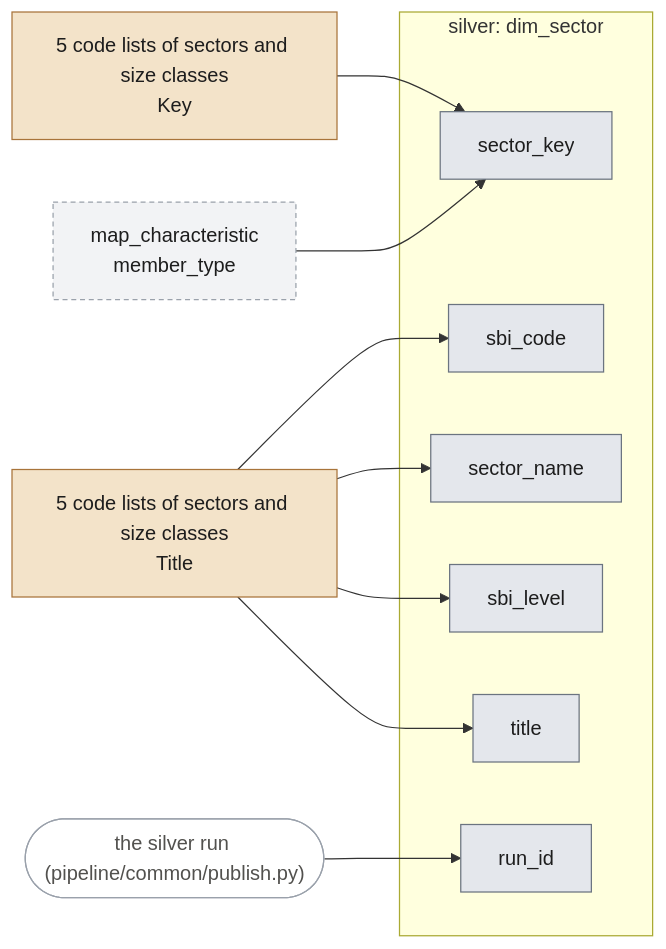
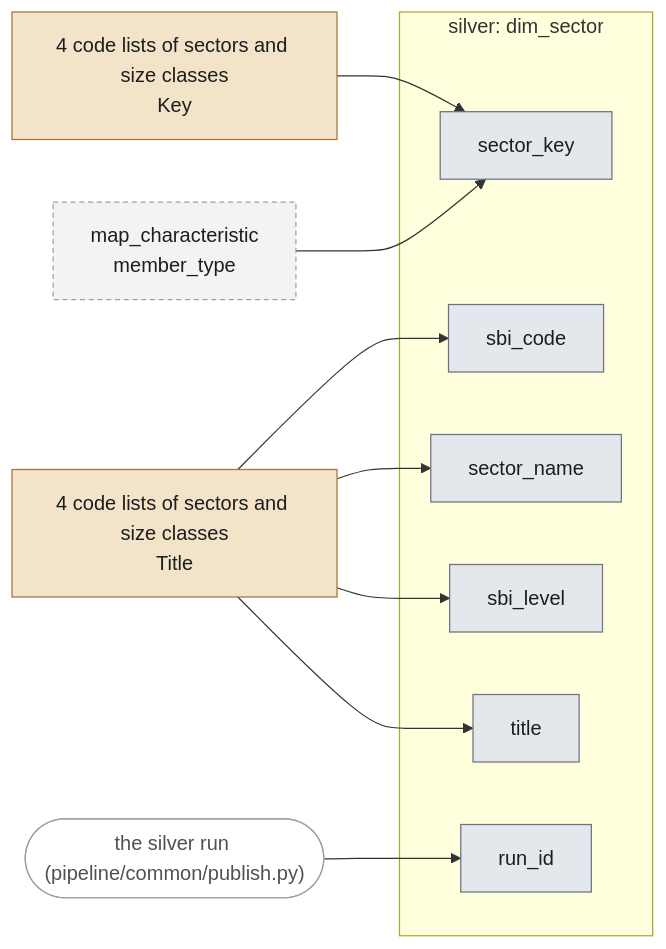
Before and after one commit to stefancodecommit/AOV_Lakehouse: the third of 18 diagrams in docs/lineage.md, drawn with Mermaid. The commit also changed other lines of this file and 27 other files, not shown here.

````diff
--- a/docs/lineage.md
+++ b/docs/lineage.md
@@ -195,27 +185,27 @@
 ```mermaid
 flowchart LR
-  n_src_80072ned_bedrijfskenmerkensbi2008_81589ned_bedrijfstakkenbranchessbi2008_81644ned_bedrijfstakkenbranchessbi2008_83130ned_bedrijfskenmerken_86009ned_bedrijfskenmerken_Key["5 code lists of sectors and size classes<br/>Key"]:::bronze
-  n_src_80072ned_bedrijfskenmerkensbi2008_81589ned_bedrijfstakkenbranchessbi2008_81644ned_bedrijfstakkenbranchessbi2008_83130ned_bedrijfskenmerken_86009ned_bedrijfskenmerken_Title["5 code lists of sectors and size classes<br/>Title"]:::bronze
+  n_src_80072ned_bedrijfskenmerkensbi2008_81589ned_bedrijfstakkenbranchessbi2008_83130ned_bedrijfskenmerken_86009ned_bedrijfskenmerken_Key["4 code lists of sectors and size classes<br/>Key"]:::bronze
+  n_src_80072ned_bedrijfskenmerkensbi2008_81589ned_bedrijfstakkenbranchessbi2008_83130ned_bedrijfskenmerken_86009ned_bedrijfskenmerken_Title["4 code lists of sectors and size classes<br/>Title"]:::bronze
   n_src_silver_map_characteristic_member_type["map_characteristic<br/>member_type"]:::silverref
   run(["the silver run (pipeline/common/publish.py)"]):::run
   subgraph n_tbl_dim_sector["silver: dim_sector"]
     n_col_sector_key["sector_key"]:::silver
     n_col_sbi_code["sbi_code"]:::silver
     n_col_sector_name["sector_name"]:::silver
     n_col_sbi_level["sbi_level"]:::silver
     n_col_title["title"]:::silver
     n_col_run_id["run_id"]:::silver
   end
-  n_src_80072ned_bedrijfskenmerkensbi2008_81589ned_bedrijfstakkenbranchessbi2008_81644ned_bedrijfstakkenbranchessbi2008_83130ned_bedrijfskenmerken_86009ned_bedrijfskenmerken_Key --> n_col_sector_key
+  n_src_80072ned_bedrijfskenmerkensbi2008_81589ned_bedrijfstakkenbranchessbi2008_83130ned_bedrijfskenmerken_86009ned_bedrijfskenmerken_Key --> n_col_sector_key
   n_src_silver_map_characteristic_member_type --> n_col_sector_key
-  n_src_80072ned_bedrijfskenmerkensbi2008_81589ned_bedrijfstakkenbranchessbi2008_81644ned_bedrijfstakkenbranchessbi2008_83130ned_bedrijfskenmerken_86009ned_bedrijfskenmerken_Title --> n_col_sbi_code
-  n_src_80072ned_bedrijfskenmerkensbi2008_81589ned_bedrijfstakkenbranchessbi2008_81644ned_bedrijfstakkenbranchessbi2008_83130ned_bedrijfskenmerken_86009ned_bedrijfskenmerken_Title --> n_col_sector_name
-  n_src_80072ned_bedrijfskenmerkensbi2008_81589ned_bedrijfstakkenbranchessbi2008_81644ned_bedrijfstakkenbranchessbi2008_83130ned_bedrijfskenmerken_86009ned_bedrijfskenmerken_Title --> n_col_sbi_level
-  n_src_80072ned_bedrijfskenmerkensbi2008_81589ned_bedrijfstakkenbranchessbi2008_81644ned_bedrijfstakkenbranchessbi2008_83130ned_bedrijfskenmerken_86009ned_bedrijfskenmerken_Title --> n_col_title
+  n_src_80072ned_bedrijfskenmerkensbi2008_81589ned_bedrijfstakkenbranchessbi2008_83130ned_bedrijfskenmerken_86009ned_bedrijfskenmerken_Title --> n_col_sbi_code
+  n_src_80072ned_bedrijfskenmerkensbi2008_81589ned_bedrijfstakkenbranchessbi2008_83130ned_bedrijfskenmerken_86009ned_bedrijfskenmerken_Title --> n_col_sector_name
+  n_src_80072ned_bedrijfskenmerkensbi2008_81589ned_bedrijfstakkenbranchessbi2008_83130ned_bedrijfskenmerken_86009ned_bedrijfskenmerken_Title --> n_col_sbi_level
+  n_src_80072ned_bedrijfskenmerkensbi2008_81589ned_bedrijfstakkenbranchessbi2008_83130ned_bedrijfskenmerken_86009ned_bedrijfskenmerken_Title --> n_col_title
   run --> n_col_run_id
   classDef bronze fill:#f3e3c9,stroke:#a8743a,color:#1d1d1d
   classDef silver fill:#e4e7ec,stroke:#6b7480,color:#1d1d1d
   classDef gold fill:#f6ecb8,stroke:#9c7f12,color:#1d1d1d
   classDef silverref fill:#f2f3f5,stroke:#9aa1ab,stroke-dasharray:4 3,color:#1d1d1d
   classDef run fill:#ffffff,stroke:#9aa1ab,color:#52514e
 ```
````
